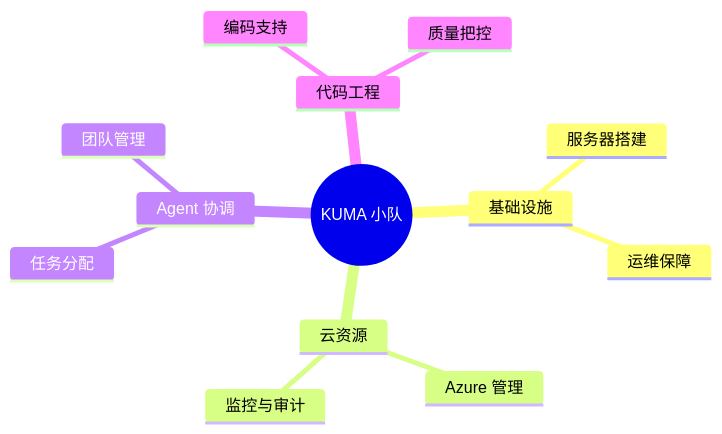
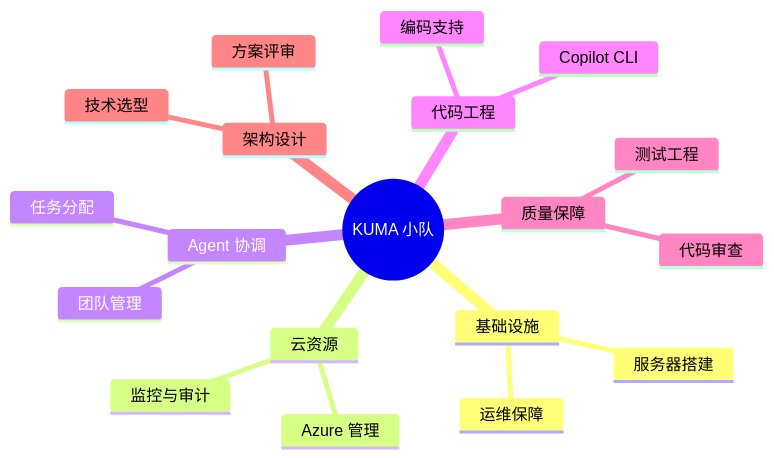
Before and after one commit to shazhou-ww/oc-wiki: the diagram in docs/kuma/index.md, drawn with Mermaid. The commit also changed other lines of this file, not shown here.

Commit message:
feat(kuma): add 芝麻🫡 (tester) and 花生🥜 (architect) to team roster

````diff
--- a/docs/kuma/index.md
+++ b/docs/kuma/index.md
@@ -58,16 +76,22 @@
 ```mermaid
 mindmap
   root((KUMA 小队))
     基础设施
       服务器搭建
       运维保障
     云资源
       Azure 管理
       监控与审计
     Agent 协调
       任务分配
       团队管理
     代码工程
       编码支持
-      质量把控
+      Copilot CLI
+    质量保障
+      测试工程
+      代码审查
+    架构设计
+      方案评审
+      技术选型
 ```
````
